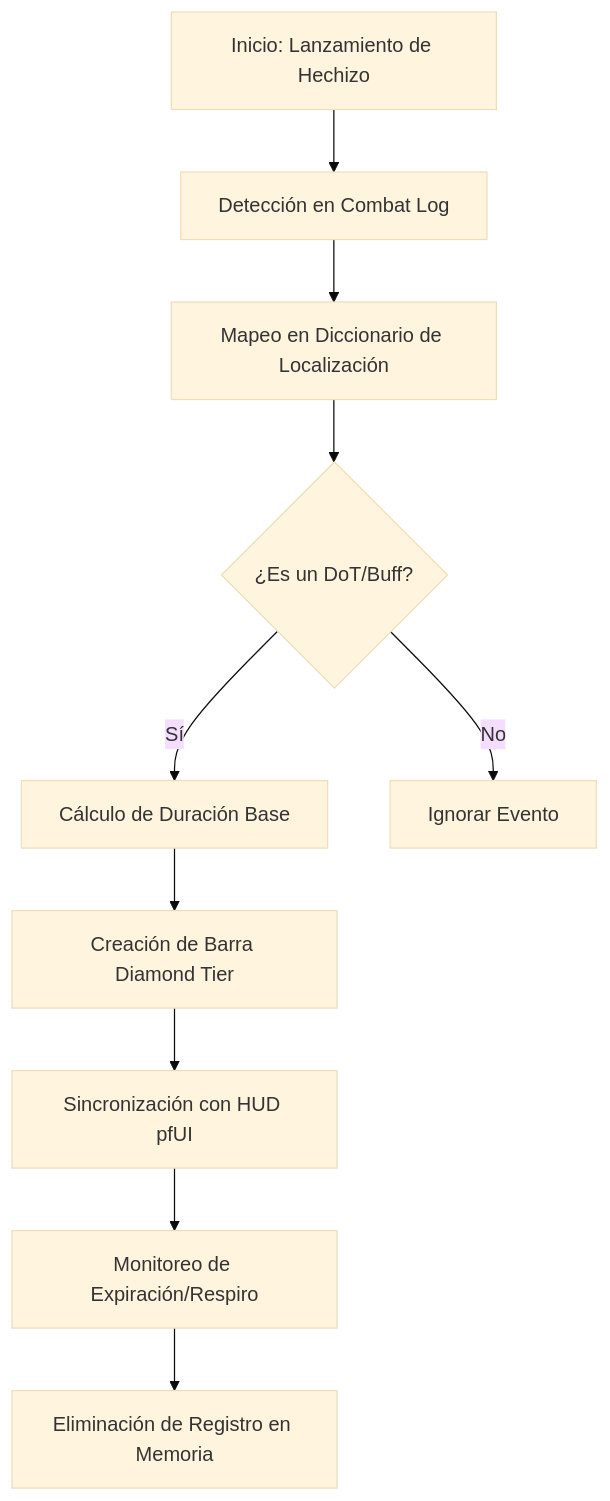
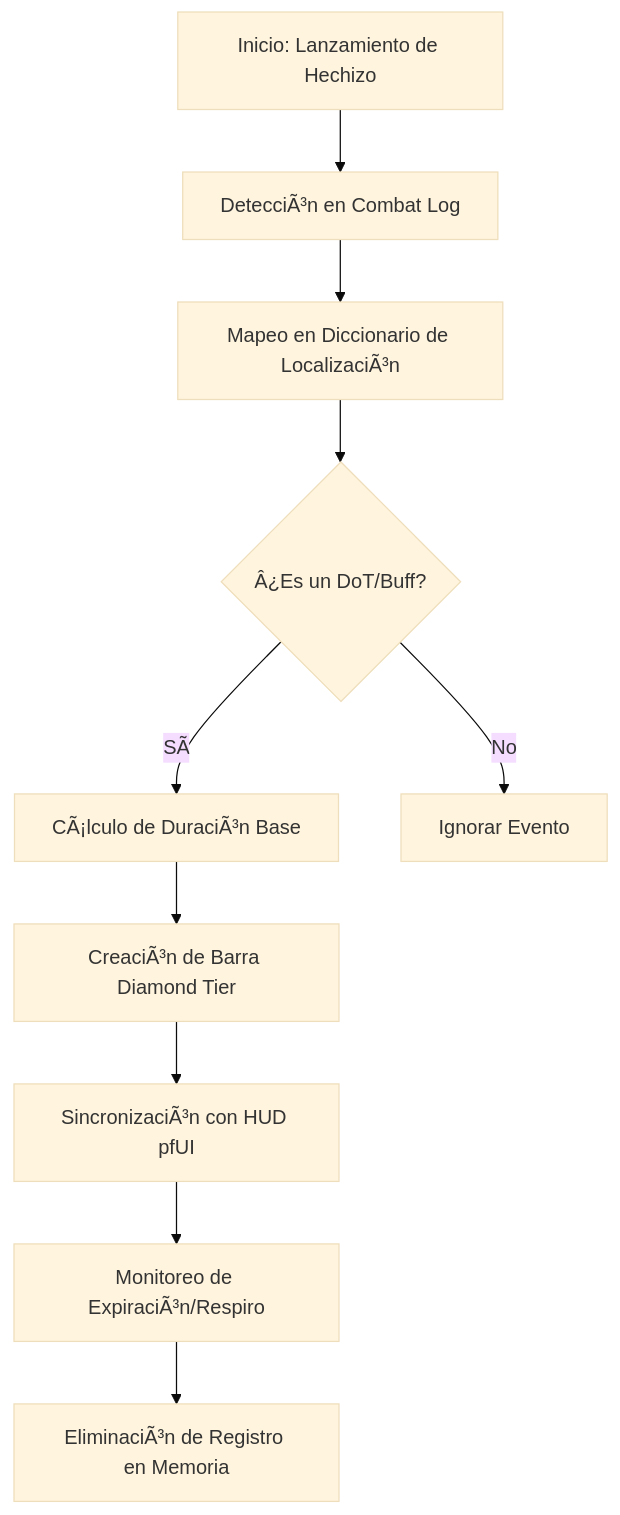
The diagram in wiki/Architecture.md (DarckRovert/DoTimer-El-Sequito-del-Terror-Edition), drawn with Mermaid (base theme) before and after one commit. The commit also changed other lines of this file and 7 other files, not shown here.

````diff
--- a/wiki/Architecture.md
+++ b/wiki/Architecture.md
@@ -18,12 +18,12 @@
 ```mermaid
 graph TD
-    A[Inicio: Lanzamiento de Hechizo] --> B[Detección en Combat Log]
-    B --> C[Mapeo en Diccionario de Localización]
-    C --> D{¿Es un DoT/Buff?}
-    D -- Sí --> E[Cálculo de Duración Base]
-    E --> F[Creación de Barra Diamond Tier]
-    F --> G[Sincronización con HUD pfUI]
-    G --> H[Monitoreo de Expiración/Respiro]
-    H --> I[Eliminación de Registro en Memoria]
+    A[Inicio: Lanzamiento de Hechizo] --> B[DetecciÃ³n en Combat Log]
+    B --> C[Mapeo en Diccionario de LocalizaciÃ³n]
+    C --> D{Â¿Es un DoT/Buff?}
+    D -- SÃ­ --> E[CÃ¡lculo de DuraciÃ³n Base]
+    E --> F[CreaciÃ³n de Barra Diamond Tier]
+    F --> G[SincronizaciÃ³n con HUD pfUI]
+    G --> H[Monitoreo de ExpiraciÃ³n/Respiro]
+    H --> I[EliminaciÃ³n de Registro en Memoria]
     D -- No --> J[Ignorar Evento]
 ```
````
